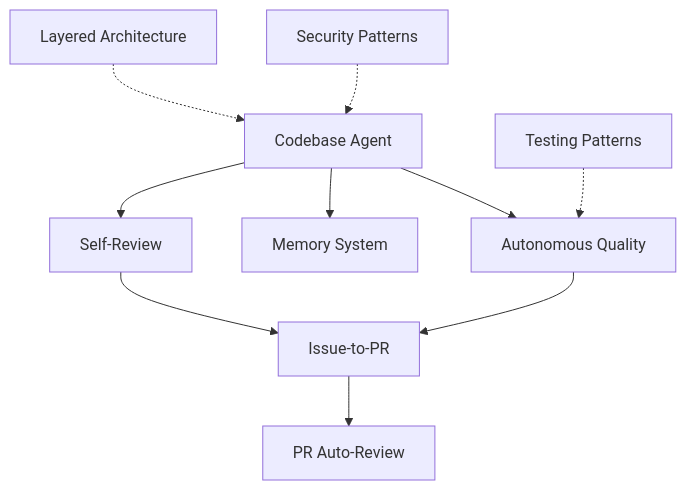
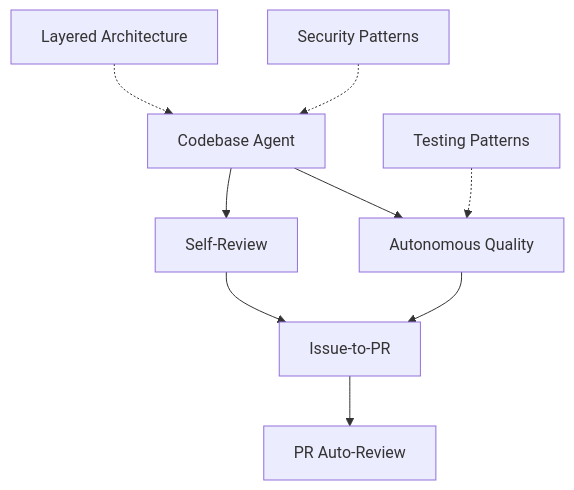
Before and after one commit to ambient-code/reference: the diagram in docs/patterns/index.md, drawn with Mermaid. The commit also changed other lines of this file and 8 other files, not shown here.

````diff
--- a/docs/patterns/index.md
+++ b/docs/patterns/index.md
@@ -61,15 +53,11 @@
 ```mermaid
 flowchart TD
     CBA[Codebase Agent] --> SR[Self-Review]
-    CBA --> MEM[Memory System]
     CBA --> AQE[Autonomous Quality]
-    
     AQE --> ITP[Issue-to-PR]
     SR --> ITP
-    
     ITP --> PAR[PR Auto-Review]
-    
     LA[Layered Architecture] -.-> CBA
     SEC[Security Patterns] -.-> CBA
     TEST[Testing Patterns] -.-> AQE
 ```
````
